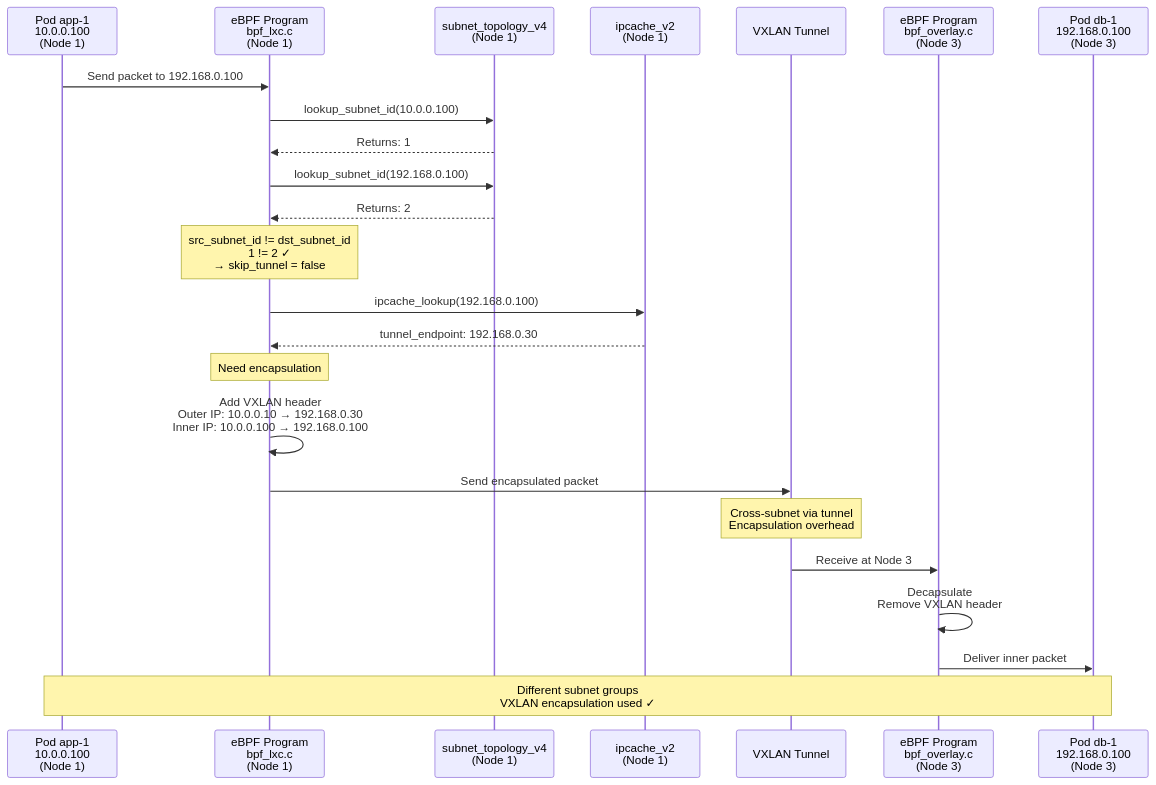
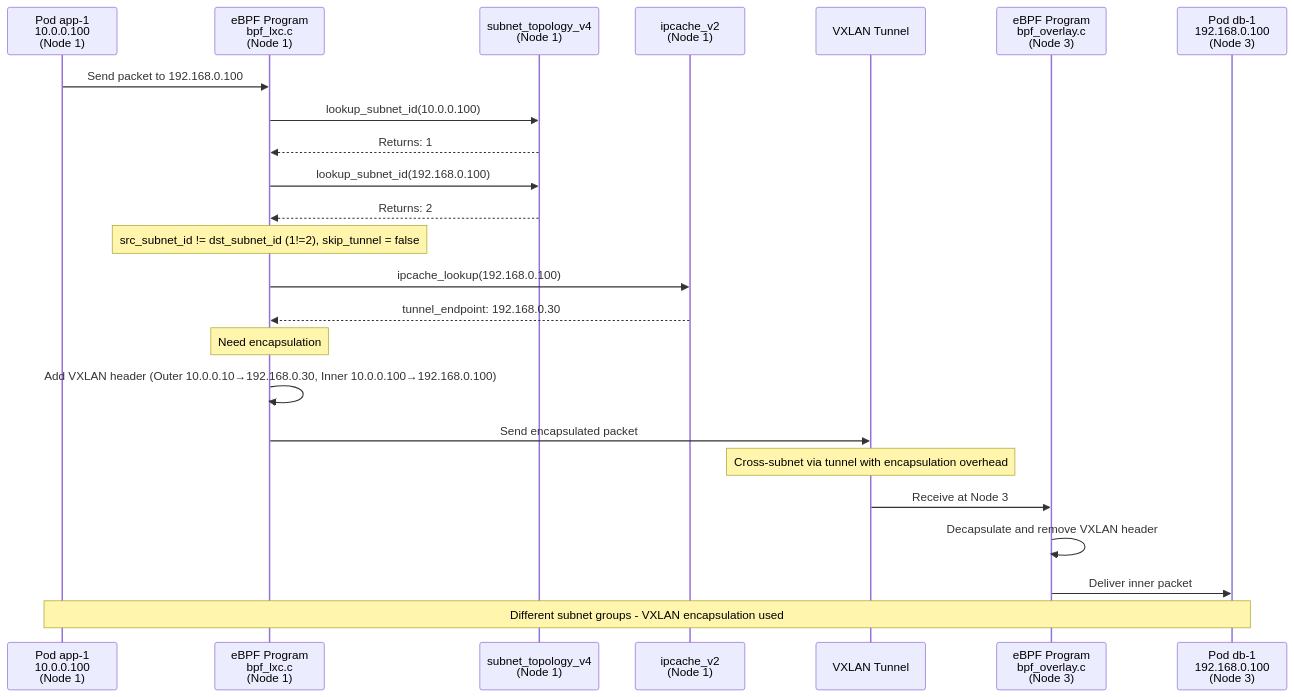
One commit to jimassa/cilium changed diagram 12 of 12 in CFP-32810-ARCHITECTURE-DIAGRAMS.md. Above: the diagram before and after it, drawn with Mermaid. The commit also changed other lines of this file, not shown here.

First line of the commit message:
Fix Mermaid syntax errors in diagrams 3 and 10

````diff
--- a/CFP-32810-ARCHITECTURE-DIAGRAMS.md
+++ b/CFP-32810-ARCHITECTURE-DIAGRAMS.md
@@ -802,37 +801,37 @@
 ```mermaid
 sequenceDiagram
     participant P1 as Pod app-1<br/>10.0.0.100<br/>(Node 1)
     participant BPF1 as eBPF Program<br/>bpf_lxc.c<br/>(Node 1)
     participant Map1 as subnet_topology_v4<br/>(Node 1)
     participant IPC as ipcache_v2<br/>(Node 1)
     participant Tunnel as VXLAN Tunnel
     participant BPF3 as eBPF Program<br/>bpf_overlay.c<br/>(Node 3)
     participant P3 as Pod db-1<br/>192.168.0.100<br/>(Node 3)
 
     P1->>BPF1: Send packet to 192.168.0.100
 
     BPF1->>Map1: lookup_subnet_id(10.0.0.100)
     Map1-->>BPF1: Returns: 1
 
     BPF1->>Map1: lookup_subnet_id(192.168.0.100)
     Map1-->>BPF1: Returns: 2
 
-    Note over BPF1: src_subnet_id != dst_subnet_id<br/>1 != 2 ✓<br/>→ skip_tunnel = false
+    Note over BPF1: src_subnet_id != dst_subnet_id (1!=2), skip_tunnel = false
 
     BPF1->>IPC: ipcache_lookup(192.168.0.100)
     IPC-->>BPF1: tunnel_endpoint: 192.168.0.30
 
     Note over BPF1: Need encapsulation
 
-    BPF1->>BPF1: Add VXLAN header<br/>Outer IP: 10.0.0.10 → 192.168.0.30<br/>Inner IP: 10.0.0.100 → 192.168.0.100
+    BPF1->>BPF1: Add VXLAN header (Outer 10.0.0.10→192.168.0.30, Inner 10.0.0.100→192.168.0.100)
 
     BPF1->>Tunnel: Send encapsulated packet
-    Note over Tunnel: Cross-subnet via tunnel<br/>Encapsulation overhead
+    Note over Tunnel: Cross-subnet via tunnel with encapsulation overhead
 
     Tunnel->>BPF3: Receive at Node 3
-    BPF3->>BPF3: Decapsulate<br/>Remove VXLAN header
+    BPF3->>BPF3: Decapsulate and remove VXLAN header
 
     BPF3->>P3: Deliver inner packet
 
-    Note over P1,P3: Different subnet groups<br/>VXLAN encapsulation used ✓
+    Note over P1,P3: Different subnet groups - VXLAN encapsulation used
 ```
````
